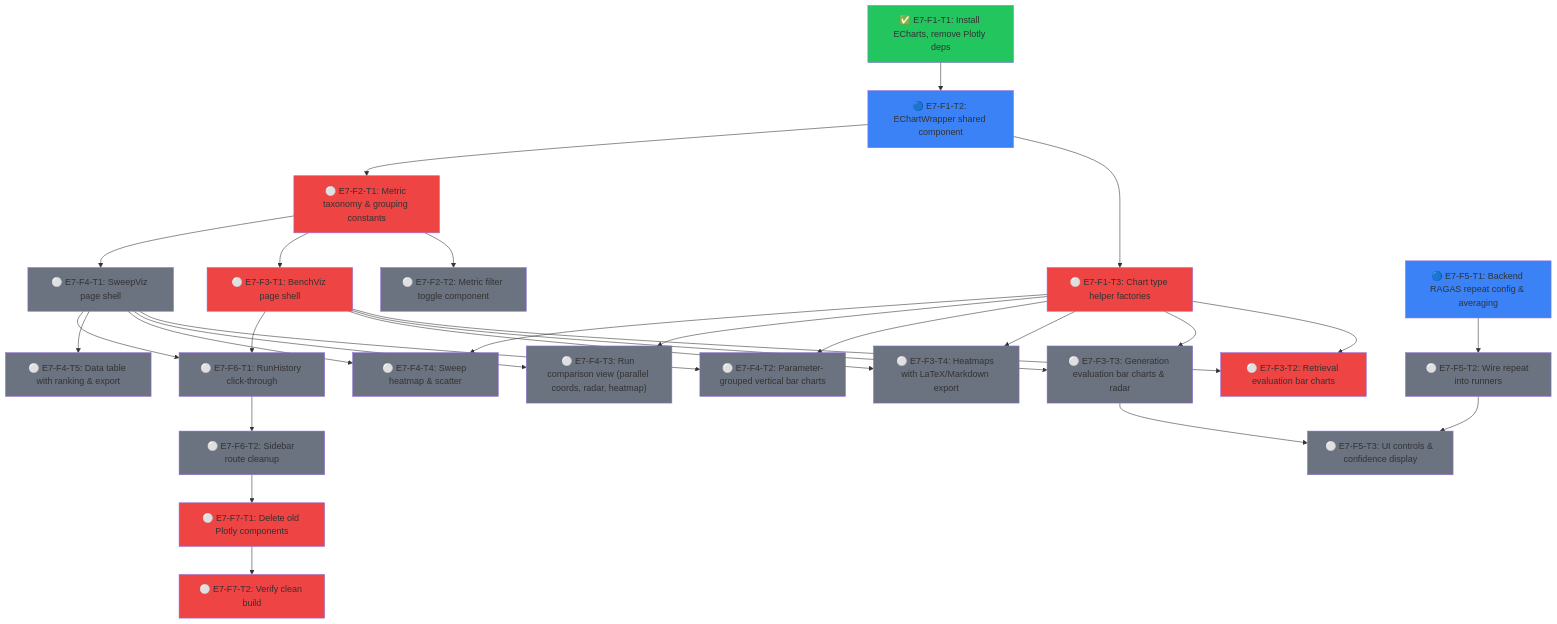
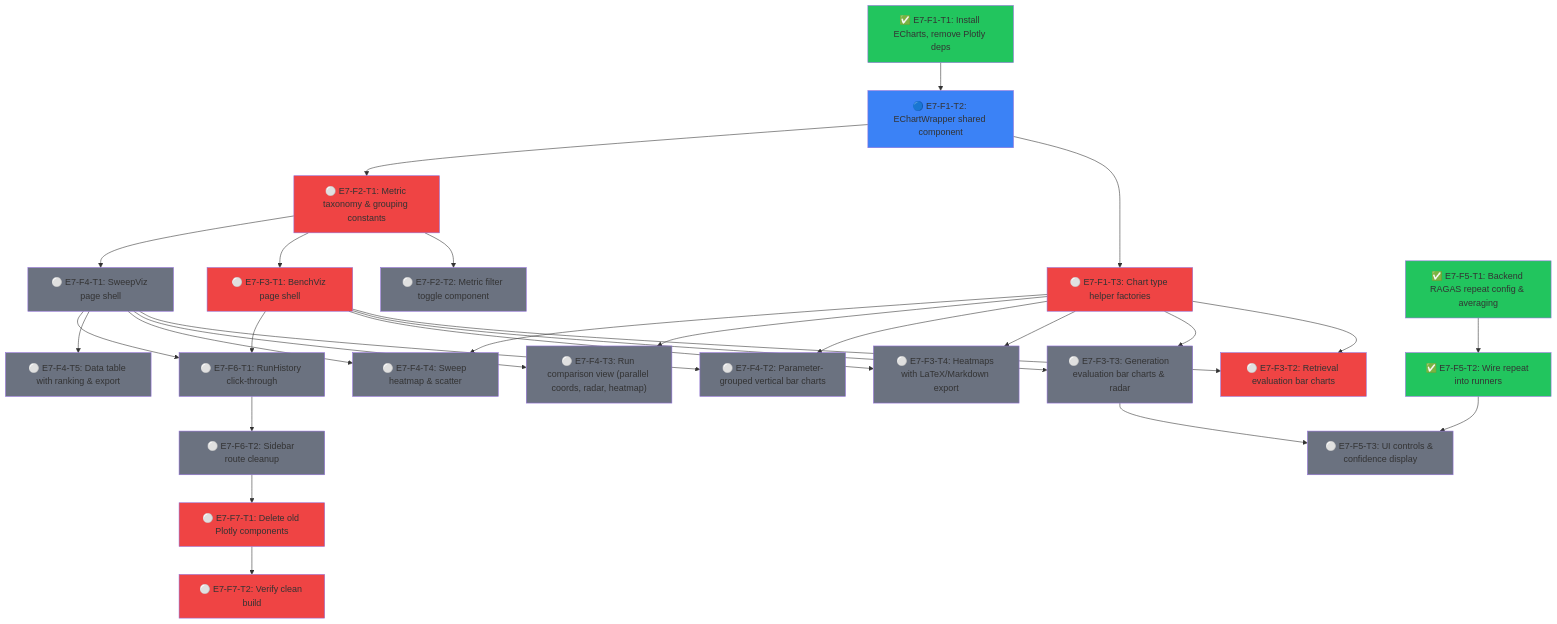
One commit to Vutiot/EvenementsRAG changed the diagram in roadmap-evaluation.md. Above: the diagram before and after it, drawn with Mermaid. The commit also changed other lines of this file and 2 other files, not shown here.

Commit message:
feat(E7-F5-T2): wire RAGAS repeat count into benchmark and sweep runners

```diff
--- a/roadmap-evaluation.md
+++ b/roadmap-evaluation.md
@@ -32,8 +32,8 @@
   E7F4T4["⚪ E7-F4-T4: Sweep heatmap & scatter"]
   E7F4T5["⚪ E7-F4-T5: Data table with ranking & export"]
 
-  E7F5T1["🔵 E7-F5-T1: Backend RAGAS repeat config & averaging"]
-  E7F5T2["⚪ E7-F5-T2: Wire repeat into runners"]
+  E7F5T1["✅ E7-F5-T1: Backend RAGAS repeat config & averaging"]
+  E7F5T2["✅ E7-F5-T2: Wire repeat into runners"]
   E7F5T3["⚪ E7-F5-T3: UI controls & confidence display"]
 
   E7F6T1["⚪ E7-F6-T1: RunHistory click-through"]
@@ -89,8 +89,8 @@
   style E7F4T3 fill:#6b7280
   style E7F4T4 fill:#6b7280
   style E7F4T5 fill:#6b7280
-  style E7F5T1 fill:#3b82f6
-  style E7F5T2 fill:#6b7280
+  style E7F5T1 fill:#22c55e
+  style E7F5T2 fill:#22c55e
   style E7F5T3 fill:#6b7280
   style E7F6T1 fill:#6b7280
   style E7F6T2 fill:#6b7280
```
